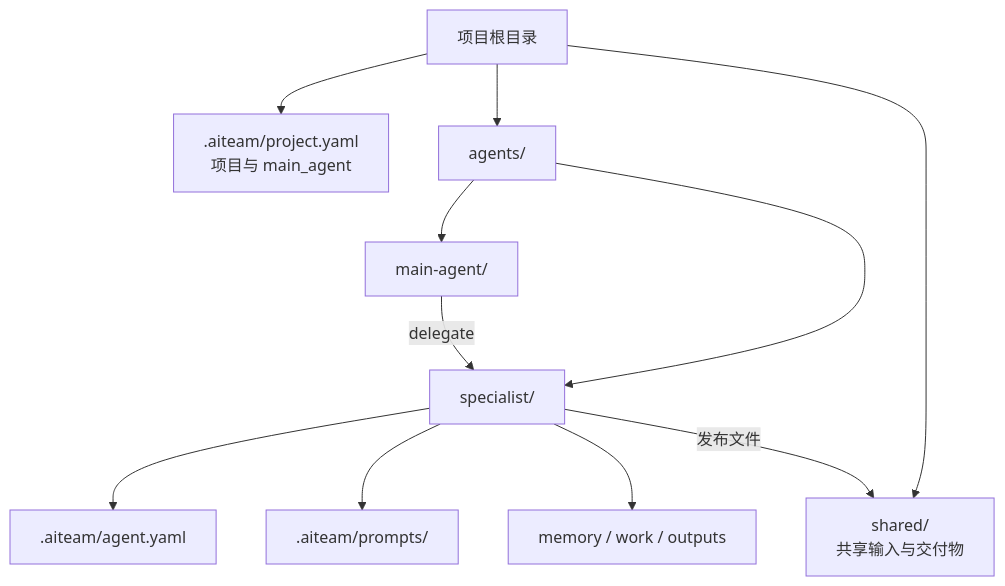
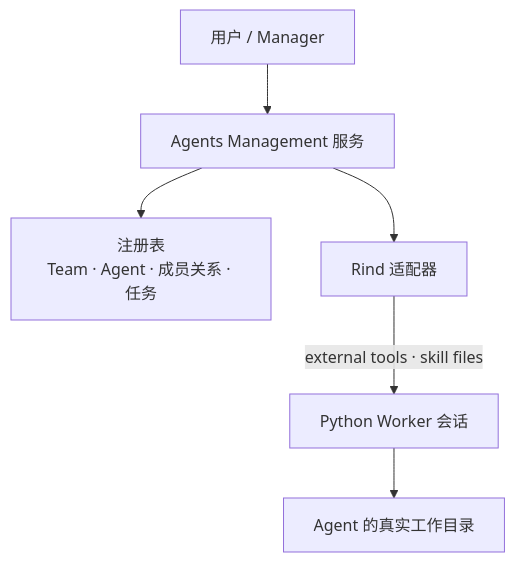
Before and after one commit to Azzurroooo/rind: the diagram in docs/internals/05-autonomy/teams.md, drawn with Mermaid. The commit also changed other lines of this file and 4 other files, not shown here.

First line of the commit message:
docs: describe Teams as Agents Management registry relationships

```diff
--- a/docs/internals/05-autonomy/teams.md
+++ b/docs/internals/05-autonomy/teams.md
@@ -5,13 +5,8 @@
 ~~~mermaid
 flowchart TB
-    P["项目根目录"] --> MAN[".aiteam/project.yaml<br/>项目与 main_agent"]
-    P --> AG["agents/"]
-    P --> SH["shared/<br/>共享输入与交付物"]
-    AG --> MAIN["main-agent/"]
-    AG --> SPEC["specialist/"]
-    SPEC --> ID[".aiteam/agent.yaml"]
-    SPEC --> PROMPT[".aiteam/prompts/"]
-    SPEC --> FILES["memory / work / outputs"]
-    MAIN -->|"delegate"| SPEC
-    SPEC -->|"发布文件"| SH
+    U["用户 / Manager"] --> S["Agents Management 服务"]
+    S --> R["注册表<br/>Team · Agent · 成员关系 · 任务"]
+    S --> A["Rind 适配器"]
+    A -->|"external tools · skill files"| W["Python Worker 会话"]
+    W --> D["Agent 的真实工作目录"]
 ~~~
```
